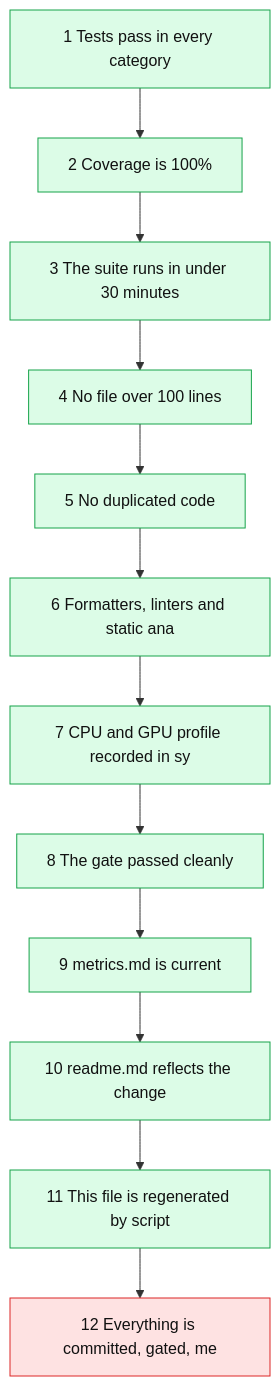
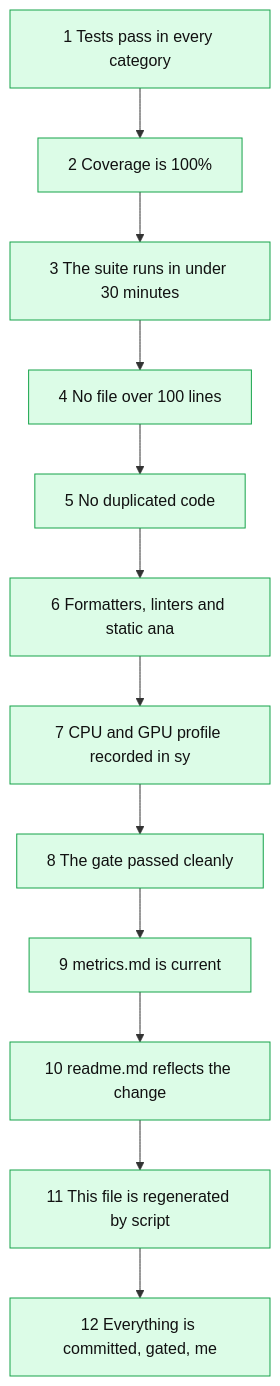
Before and after one commit to thomascherickal/ferrum-gpu: the first of 2 diagrams in next-steps.md, drawn with Mermaid. The commit also changed other lines of this file and 60 other files, not shown here.

````diff
--- a/next-steps.md
+++ b/next-steps.md
@@ -22,28 +22,28 @@
 ```mermaid
 flowchart TD
     s0["1 Tests pass in every category"]:::met
     s1["2 Coverage is 100%"]:::met
     s2["3 The suite runs in under 30 minutes"]:::met
     s3["4 No file over 100 lines"]:::met
     s4["5 No duplicated code"]:::met
     s5["6 Formatters, linters and static ana"]:::met
     s6["7 CPU and GPU profile recorded in sy"]:::met
     s7["8 The gate passed cleanly"]:::met
     s8["9 metrics.md is current"]:::met
     s9["10 readme.md reflects the change"]:::met
     s10["11 This file is regenerated by script"]:::met
-    s11["12 Everything is committed, gated, me"]:::open
+    s11["12 Everything is committed, gated, me"]:::met
     s0 --> s1
     s1 --> s2
     s2 --> s3
     s3 --> s4
     s4 --> s5
     s5 --> s6
     s6 --> s7
     s7 --> s8
     s8 --> s9
     s9 --> s10
     s10 --> s11
     classDef met fill:#dcfce7,stroke:#16a34a,color:#111
     classDef open fill:#fee2e2,stroke:#dc2626,color:#111
 ```
````
